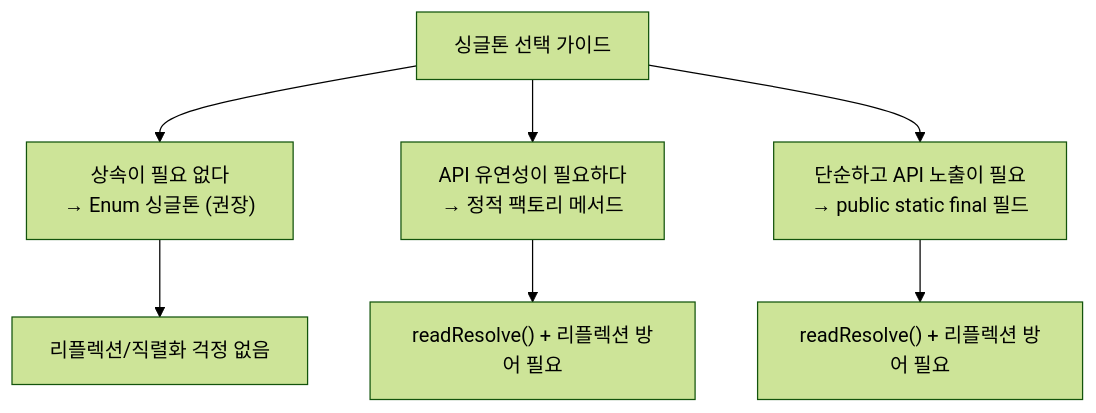
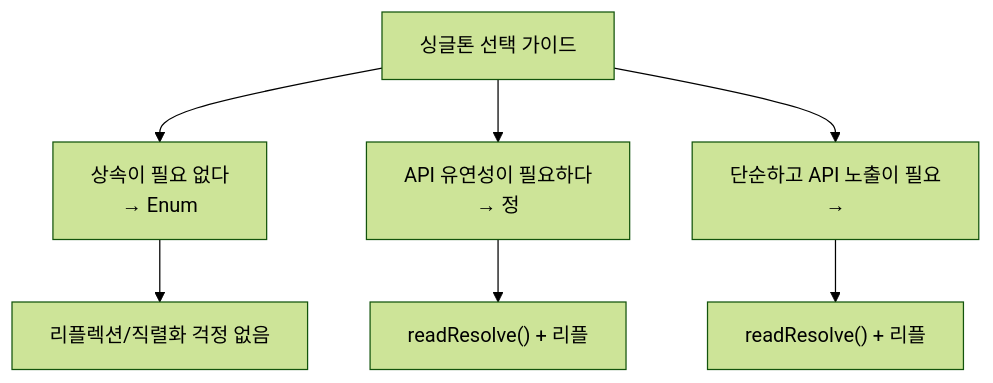
One commit to yjkim2015/yjkim2015.github.io changed the third of 3 diagrams in _posts/java/2021-12-19-effective-java3.md. Above: the diagram before and after it, drawn with Mermaid (forest theme). The commit also changed other lines of this file and 271 other files, not shown here.

First line of the commit message:
Mermaid 라벨 축소: 긴 노드 텍스트 18자 이하로 트림 + \n 제거

````diff
--- a/_posts/java/2021-12-19-effective-java3.md
+++ b/_posts/java/2021-12-19-effective-java3.md
@@ -202,9 +202,9 @@
 ```mermaid
 graph TD
-    A["싱글톤 선택 가이드"] --> B["상속이 필요 없다\n→ Enum 싱글톤 (권장)"]
-    A --> C["API 유연성이 필요하다\n→ 정적 팩토리 메서드"]
-    A --> D["단순하고 API 노출이 필요\n→ public static final 필드"]
+    A["싱글톤 선택 가이드"] --> B["상속이 필요 없다\n→ Enum"]
+    A --> C["API 유연성이 필요하다\n→ 정"]
+    A --> D["단순하고 API 노출이 필요\n→"]
     B --> B1["리플렉션/직렬화 걱정 없음"]
-    C --> C1["readResolve() + 리플렉션 방어 필요"]
-    D --> D1["readResolve() + 리플렉션 방어 필요"]
+    C --> C1["readResolve() + 리플"]
+    D --> D1["readResolve() + 리플"]
 ```
````
